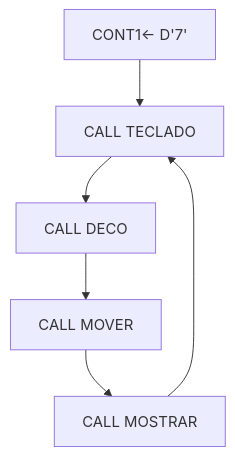
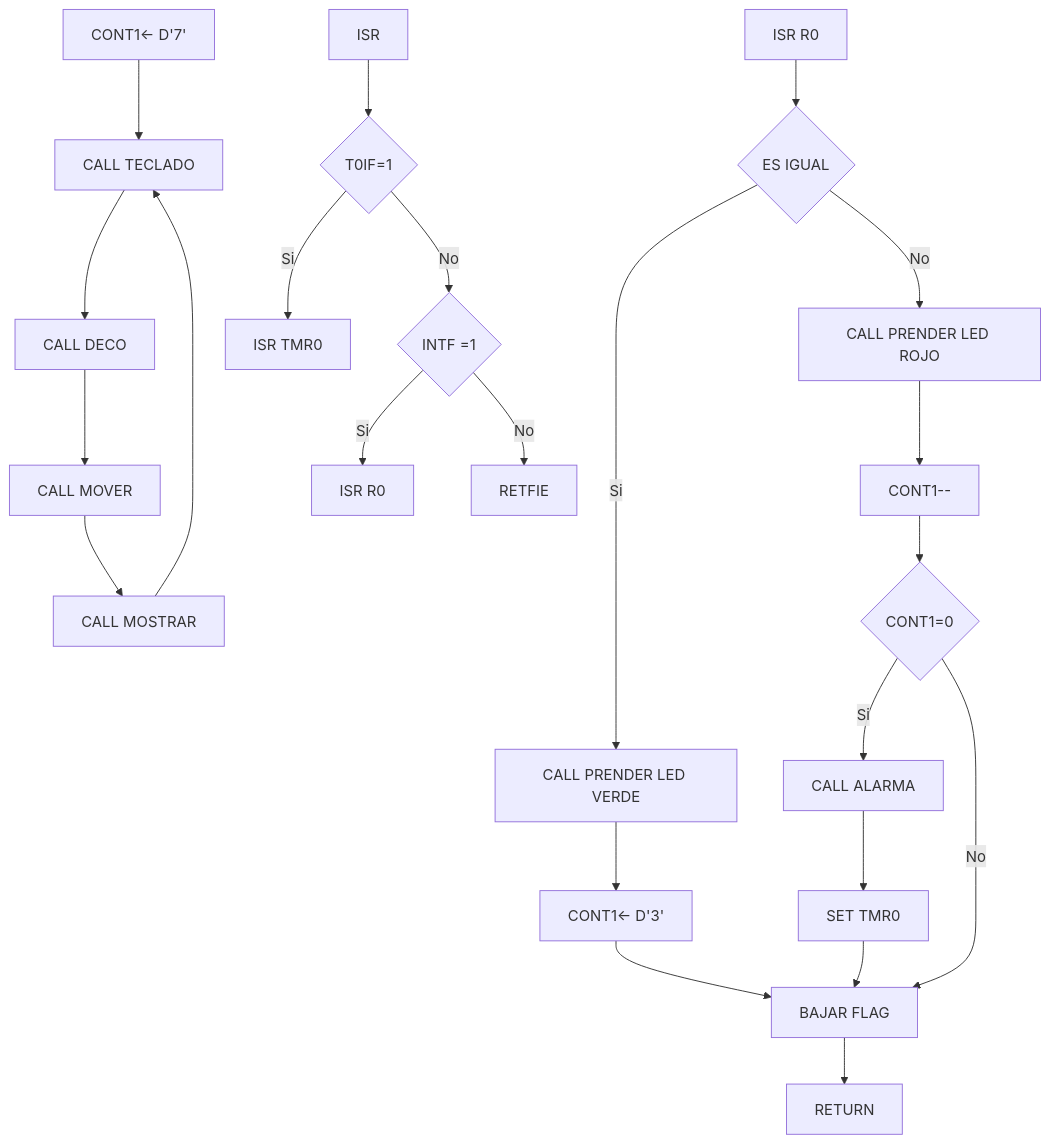
Before and after one commit to w3rqil/electronicaDigital_II: the diagram in README.md, drawn with Mermaid.

````diff
--- a/README.md
+++ b/README.md
@@ -6,9 +6,25 @@
  ```mermaid
 flowchart TD
 
 A[CONT1<- D'7'] --> B[CALL TECLADO]
     B --> C[CALL DECO]
     C --> D[CALL MOVER]
     D --> E[CALL MOSTRAR]
     E-->B
+    ISR[ISR]-->F{T0IF=1}
+    F-->|Si|G[ISR TMR0]
+    F-->|No|H{INTF =1}
+    H-->|Si|ASD[ISR R0]
+    H-->|No|RET[RETFIE]
+    ISRR0[ISR R0]-->J[CALL COMPARAR]
+    J{ES IGUAL}-->|Si|K[CALL PRENDER LED VERDE]
+    K-->CONT1[CONT1<- D'3']
+    J-->|No|ROJO[CALL PRENDER LED ROJO]
+    ROJO-->L[CONT1--]
+    L-->M{CONT1=0}
+    M-->|Si|N[CALL ALARMA]-->R[SET TMR0]
+    R-->S[BAJAR FLAG]
+    M-->|No|S
+    CONT1-->S
+    S-->T[RETURN]
  ```
````
